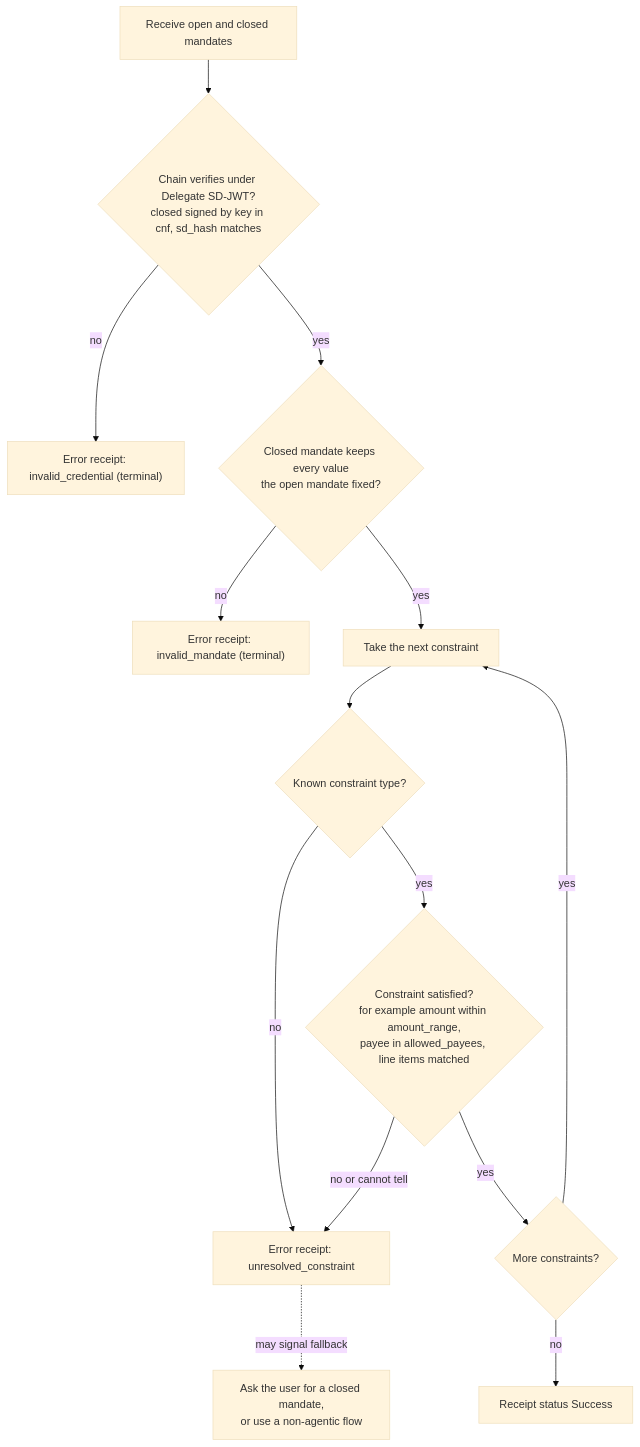
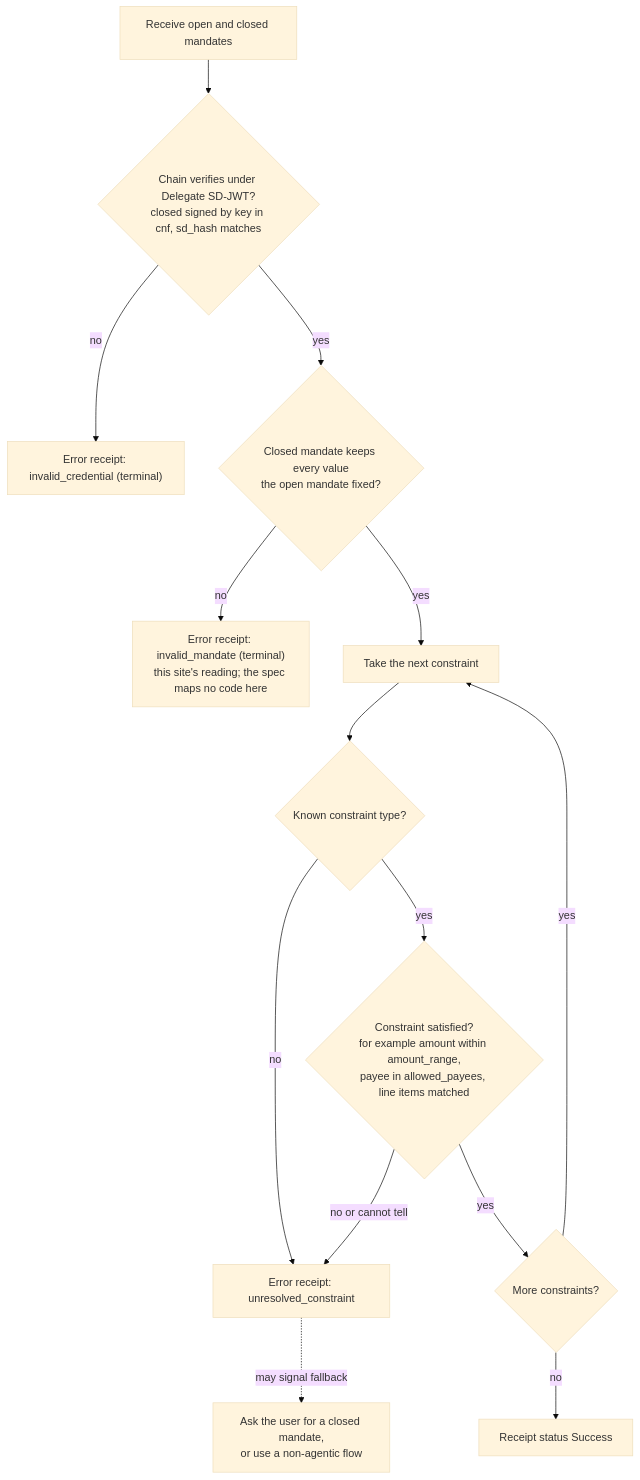
The diagram in src/content/diagrams/ap2-constraint-evaluation.mmd (mercesAI/agentic-rails-atlas), drawn with Mermaid (base theme) before and after one commit. The commit also changed 74 other files, not shown here.

Commit message:
fix(content): full AP2 fact check with FIDO timeline and publication corrections

```diff
--- a/src/content/diagrams/ap2-constraint-evaluation.mmd
+++ b/src/content/diagrams/ap2-constraint-evaluation.mmd
@@ -1,14 +1,14 @@
 flowchart TD
   A["Receive open and closed mandates"] --> B{"Chain verifies under Delegate SD-JWT?<br/>closed signed by key in cnf, sd_hash matches"}
   B -- "no" --> E1["Error receipt: invalid_credential (terminal)"]
   B -- "yes" --> C{"Closed mandate keeps every value<br/>the open mandate fixed?"}
-  C -- "no" --> E2["Error receipt: invalid_mandate (terminal)"]
+  C -- "no" --> E2["Error receipt: invalid_mandate (terminal)<br/>this site's reading; the spec maps no code here"]
   C -- "yes" --> D["Take the next constraint"]
   D --> F{"Known constraint type?"}
   F -- "no" --> E3["Error receipt: unresolved_constraint"]
   F -- "yes" --> G{"Constraint satisfied?<br/>for example amount within amount_range,<br/>payee in allowed_payees, line items matched"}
   G -- "no or cannot tell" --> E3
   G -- "yes" --> H{"More constraints?"}
   H -- "yes" --> D
   H -- "no" --> OK["Receipt status Success"]
   E3 -. "may signal fallback" .-> FB["Ask the user for a closed mandate,<br/>or use a non-agentic flow"]
```
